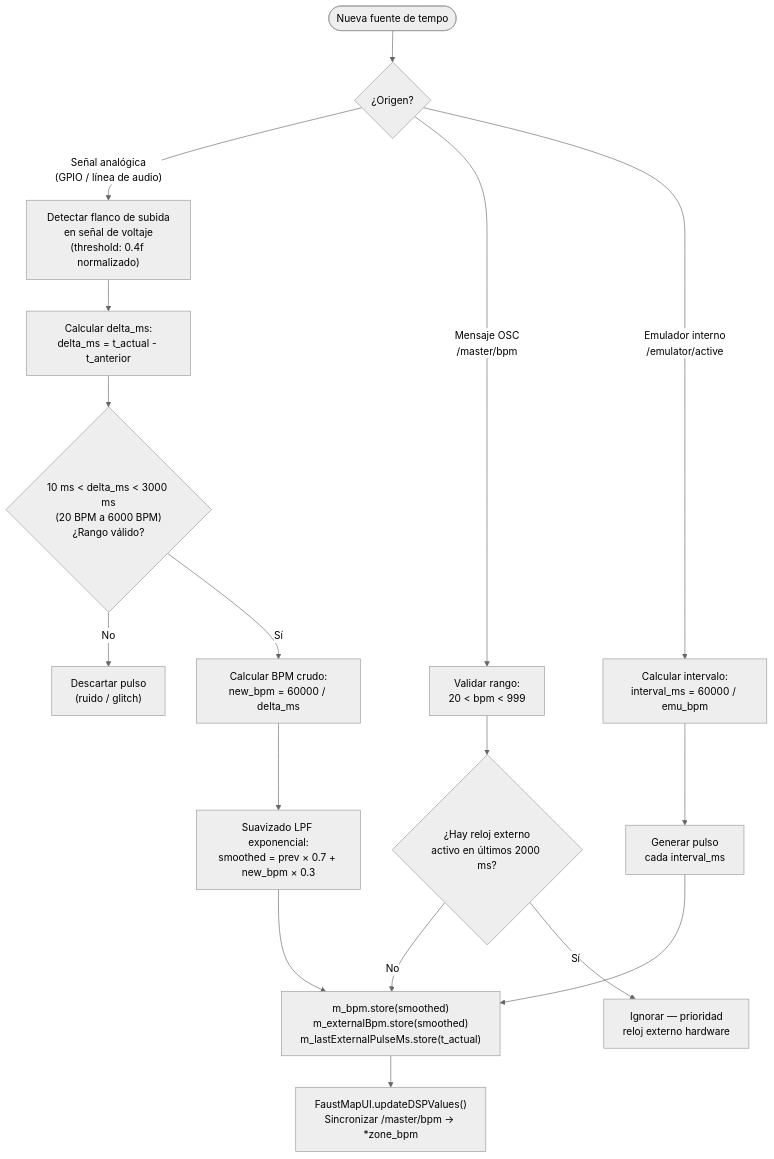
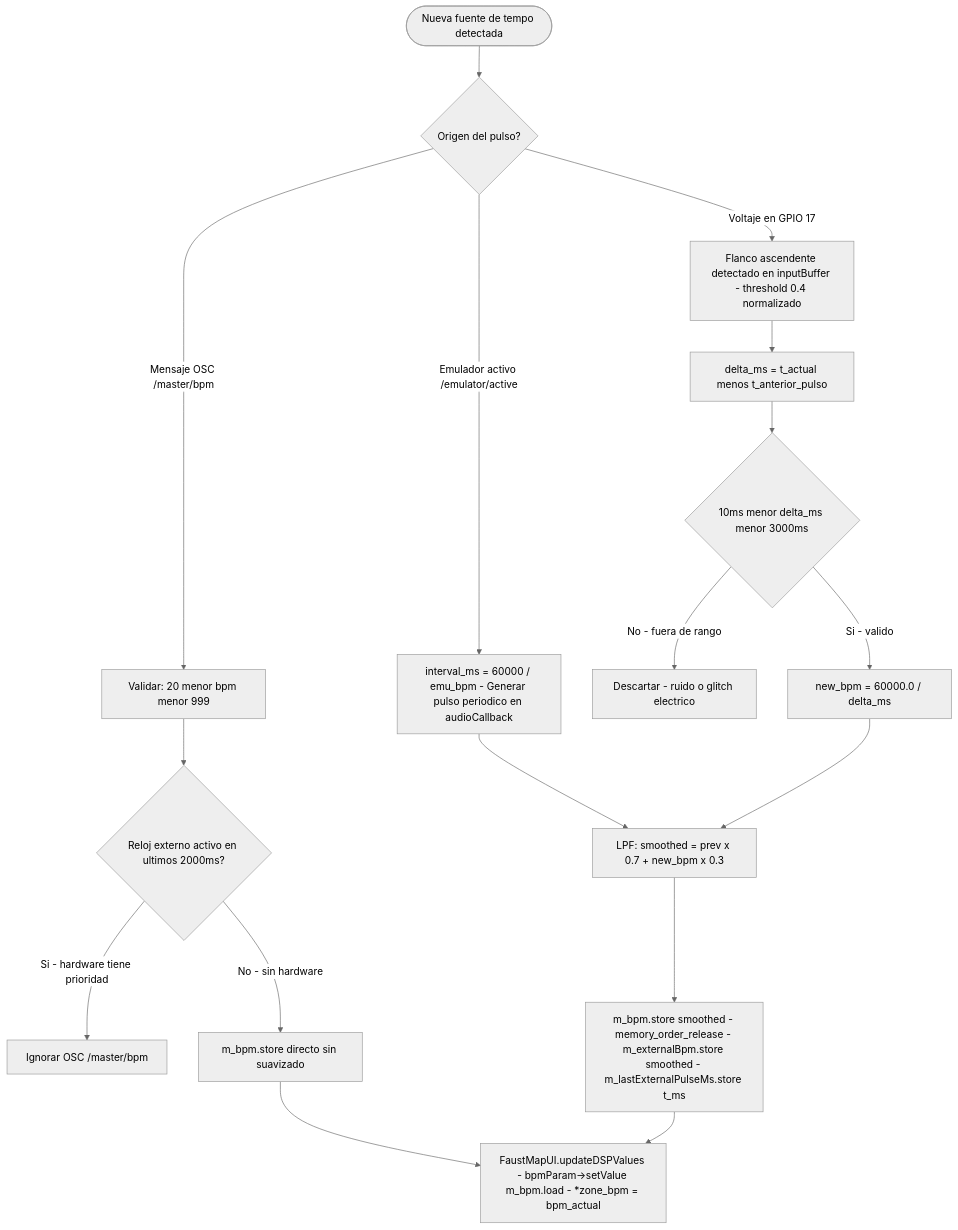
One commit to Zann181/sintetizador changed the fifth of 12 diagrams in README.md. Above: the diagram before and after it, drawn with Mermaid (neutral theme). The commit also changed other lines of this file, not shown here.

````diff
--- a/README.md
+++ b/README.md
@@ -389,29 +661,32 @@
 ```mermaid
 flowchart TD
-    START(["Nueva fuente de tempo"]) --> A
+    NUEVA_FUENTE(["Nueva fuente de tempo detectada"])
+    NUEVA_FUENTE --> ORIGEN{"Origen del pulso?"}
 
-    A{"¿Origen?"}
-    A -->|"Señal analógica\n(GPIO / línea de audio)"| B
-    A -->|"Mensaje OSC\n/master/bpm"| F
-    A -->|"Emulador interno\n/emulator/active"| G
+    ORIGEN -->|"Voltaje en GPIO 17"| ANA_DETECT
+    ORIGEN -->|"Mensaje OSC /master/bpm"| OSC_VALIDATE
+    ORIGEN -->|"Emulador activo /emulator/active"| EMU_CALC
 
-    B["Detectar flanco de subida\nen señal de voltaje\n(threshold: 0.4f normalizado)"]
-    B --> C["Calcular delta_ms:\ndelta_ms = t_actual - t_anterior"]
-    C --> D{"10 ms < delta_ms < 3000 ms\n(20 BPM a 6000 BPM)\n¿Rango válido?"}
-    D -->|No| DISCARD["Descartar pulso\n(ruido / glitch)"]
-    D -->|Sí| E
+    ANA_DETECT["Flanco ascendente detectado en inputBuffer - threshold 0.4 normalizado"]
+    ANA_DETECT --> DELTA["delta_ms = t_actual menos t_anterior_pulso"]
+    DELTA --> RANGO{"10ms menor delta_ms menor 3000ms"}
+    RANGO -->|"No - fuera de rango"| DESCARTA["Descartar - ruido o glitch electrico"]
+    RANGO -->|"Si - valido"| BPM_CRUDO
 
-    E["Calcular BPM crudo:\nnew_bpm = 60000 / delta_ms"]
-    E --> E2["Suavizado LPF exponencial:\nsmoothed = prev × 0.7 + new_bpm × 0.3"]
-    E2 --> STORE["m_bpm.store(smoothed)\nm_externalBpm.store(smoothed)\nm_lastExternalPulseMs.store(t_actual)"]
+    BPM_CRUDO["new_bpm = 60000.0 / delta_ms"]
+    BPM_CRUDO --> SUAVIZADO
 
-    F["Validar rango:\n20 < bpm < 999"] --> F2{"¿Hay reloj externo\nactivo en últimos 2000 ms?"}
-    F2 -->|No| STORE
-    F2 -->|Sí| IGNORE["Ignorar — prioridad\nreloj externo hardware"]
+    OSC_VALIDATE["Validar: 20 menor bpm menor 999"]
+    OSC_VALIDATE --> EXT_ACTIVO{"Reloj externo activo en ultimos 2000ms?"}
+    EXT_ACTIVO -->|"Si - hardware tiene prioridad"| IGNORAR["Ignorar OSC /master/bpm"]
+    EXT_ACTIVO -->|"No - sin hardware"| STORE_DIRECTO["m_bpm.store directo sin suavizado"]
 
-    G["Calcular intervalo:\ninterval_ms = 60000 / emu_bpm"]
-    G --> G2["Generar pulso\ncada interval_ms"]
-    G2 --> STORE
+    EMU_CALC["interval_ms = 60000 / emu_bpm - Generar pulso periodico en audioCallback"]
+    EMU_CALC --> SUAVIZADO
 
-    STORE --> FAUSTUI["FaustMapUI.updateDSPValues()\nSincronizar /master/bpm → *zone_bpm"]
+    SUAVIZADO["LPF: smoothed = prev x 0.7 + new_bpm x 0.3"]
+    SUAVIZADO --> ATOMICO["m_bpm.store smoothed - memory_order_release - m_externalBpm.store smoothed - m_lastExternalPulseMs.store t_ms"]
+
+    ATOMICO --> FAUST_SYNC["FaustMapUI.updateDSPValues - bpmParam->setValue m_bpm.load - *zone_bpm = bpm_actual"]
+    STORE_DIRECTO --> FAUST_SYNC
 ```
````
